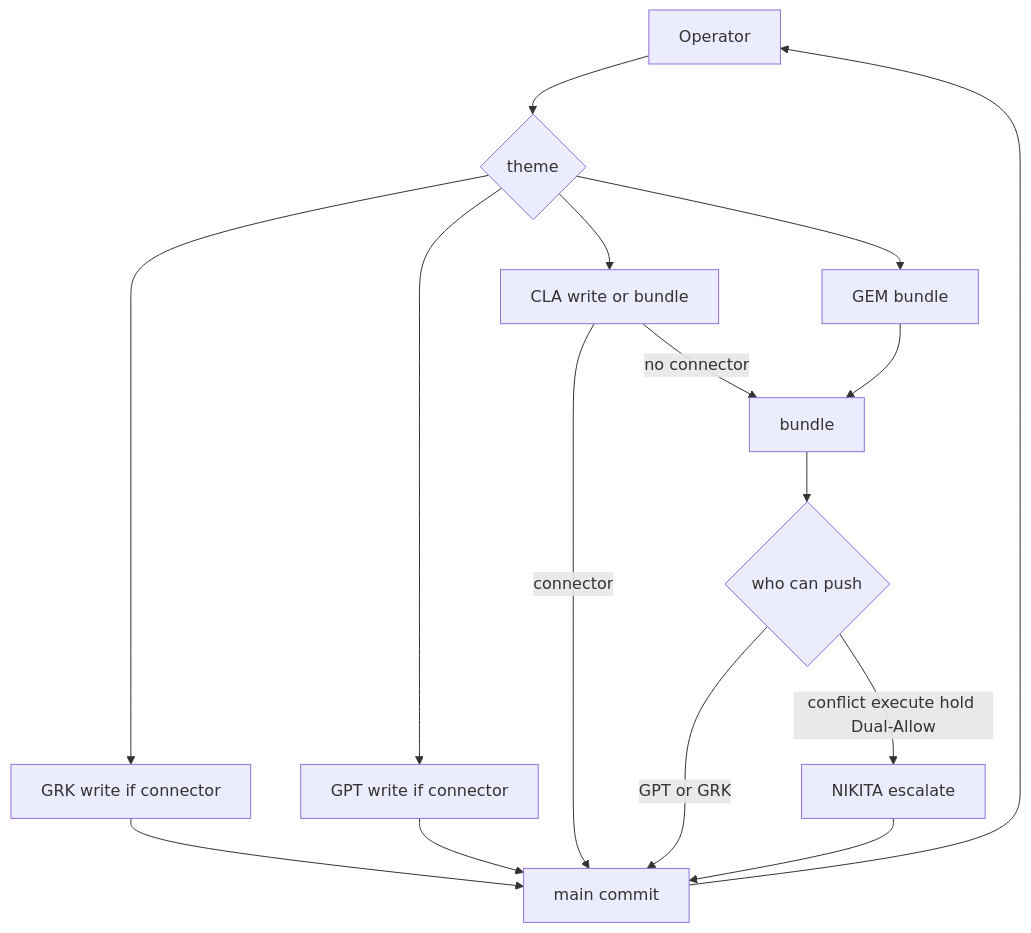
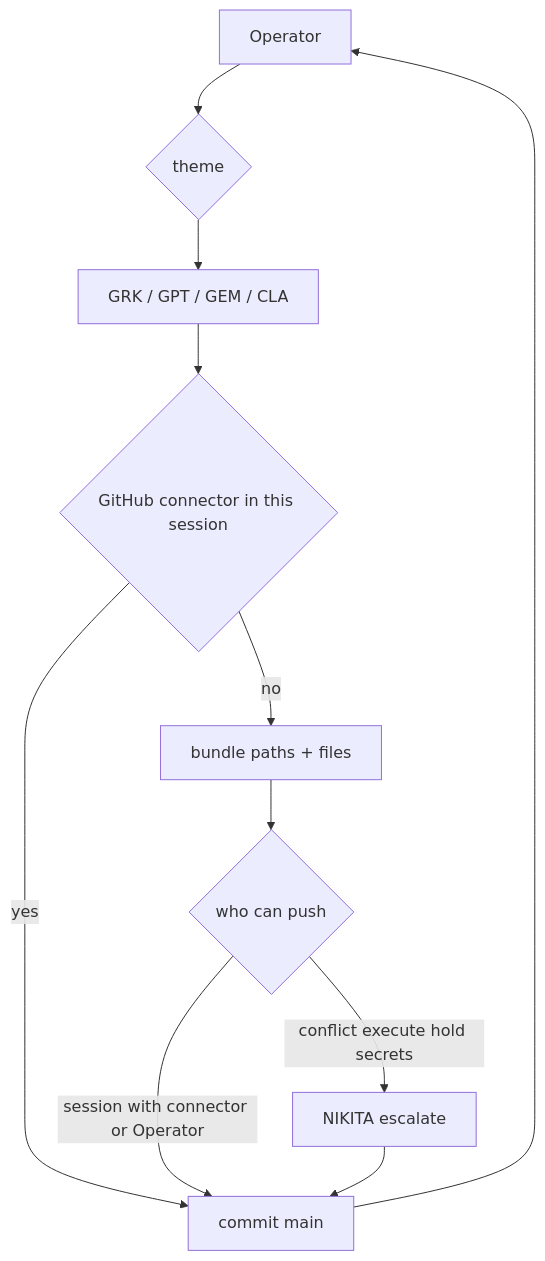
One commit to SpaceBum9/SysEx changed the diagram in rag/34-actor-flow.md. Above: the diagram before and after it, drawn with Mermaid. The commit also changed other lines of this file and 1 other file, not shown here.

Commit message:
rc: git edge follows connector not slot name

````diff
--- a/rag/34-actor-flow.md
+++ b/rag/34-actor-flow.md
@@ -5,18 +5,13 @@
 ```mermaid
 flowchart TD
   OP[Operator] --> Q{theme}
-  Q --> GRK[GRK write if connector]
-  Q --> GPT[GPT write if connector]
-  Q --> GEM[GEM bundle]
-  Q --> CLA[CLA write or bundle]
-  GRK --> GIT[main commit]
-  GPT --> GIT
-  CLA -->|connector| GIT
-  CLA -->|no connector| B[bundle]
-  GEM --> B
+  Q --> S[GRK / GPT / GEM / CLA]
+  S --> C{GitHub connector in this session}
+  C -->|yes| GIT[commit main]
+  C -->|no| B[bundle paths + files]
   B --> W{who can push}
-  W -->|GPT or GRK| GIT
-  W -->|conflict execute hold Dual-Allow| NIK[NIKITA escalate]
+  W -->|session with connector or Operator| GIT
+  W -->|conflict execute hold secrets| NIK[NIKITA escalate]
+  NIK --> GIT
   GIT --> OP
-  NIK --> GIT
 ```
````
